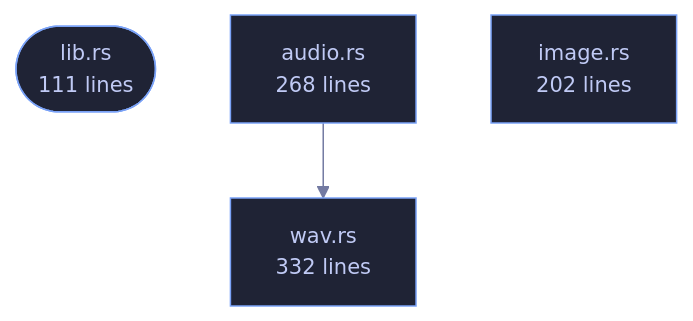
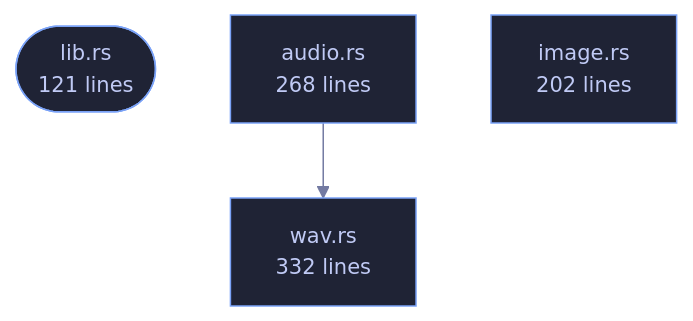
One commit to tilas01/veilvoice changed the diagram in crates/veilvoice-meta/README.md. Above: the diagram before and after it, drawn with Mermaid. The commit also changed other lines of this file and 182 other files, not shown here.

````diff
--- a/crates/veilvoice-meta/README.md
+++ b/crates/veilvoice-meta/README.md
@@ -72,13 +83,13 @@
 ```mermaid
 %%{init: {"theme":"base","themeVariables":{"background":"#1a1b26","primaryColor":"#1f2335","primaryTextColor":"#c0caf5","primaryBorderColor":"#7aa2f7","secondaryColor":"#16161e","tertiaryColor":"#16161e","lineColor":"#737aa2","textColor":"#c0caf5","mainBkg":"#1f2335","nodeBorder":"#7aa2f7","clusterBkg":"#16161e","clusterBorder":"#2f3549","fontFamily":"ui-monospace, SFMono-Regular, Consolas, monospace","fontSize":"14px"}}}%%
 flowchart TD
-    n_lib(["lib.rs<br/>111 lines"])
+    n_lib(["lib.rs<br/>121 lines"])
     n_audio["audio.rs<br/>268 lines"]
     n_image["image.rs<br/>202 lines"]
     n_wav["wav.rs<br/>332 lines"]
     n_audio --> n_wav
     click n_lib href "https://github.com/tilas01/veilvoice/blob/main/crates/veilvoice-meta/src/lib.rs" "open the source"
     click n_audio href "https://github.com/tilas01/veilvoice/blob/main/crates/veilvoice-meta/src/audio.rs" "open the source"
     click n_image href "https://github.com/tilas01/veilvoice/blob/main/crates/veilvoice-meta/src/image.rs" "open the source"
     click n_wav href "https://github.com/tilas01/veilvoice/blob/main/crates/veilvoice-meta/src/wav.rs" "open the source"
 ```
````
